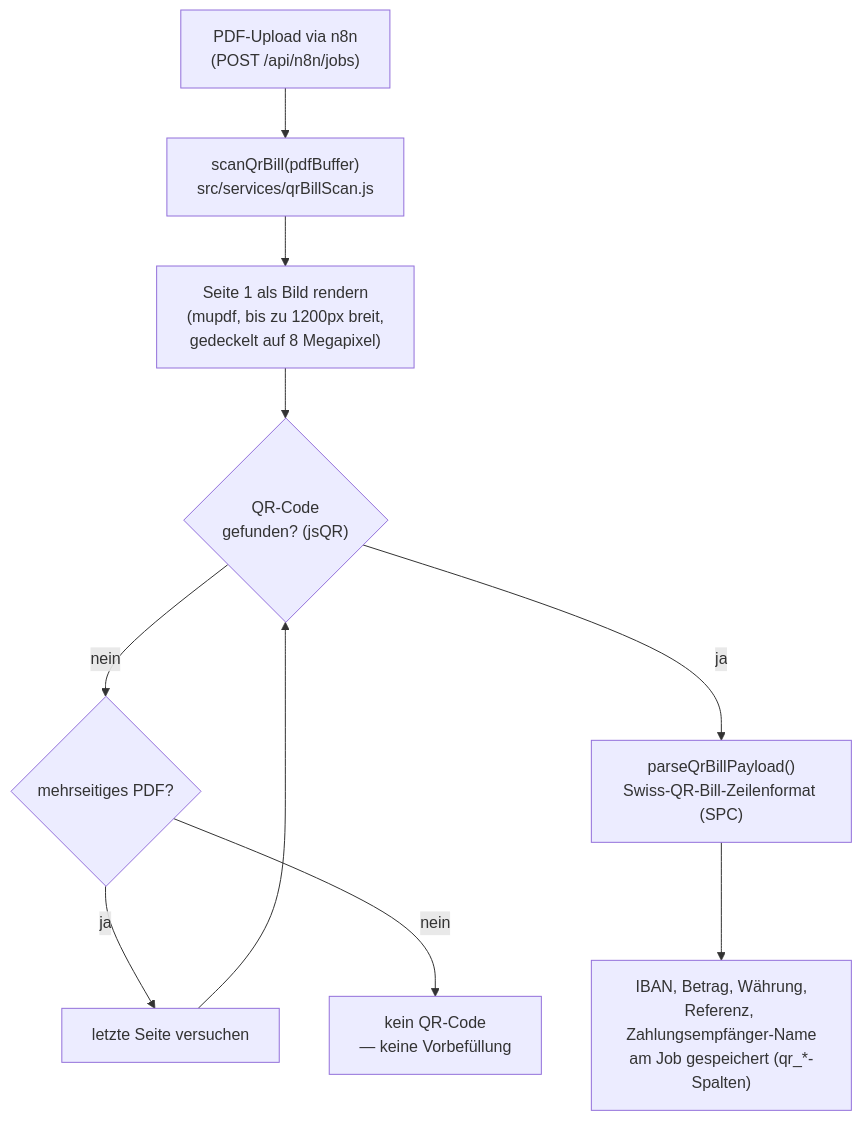
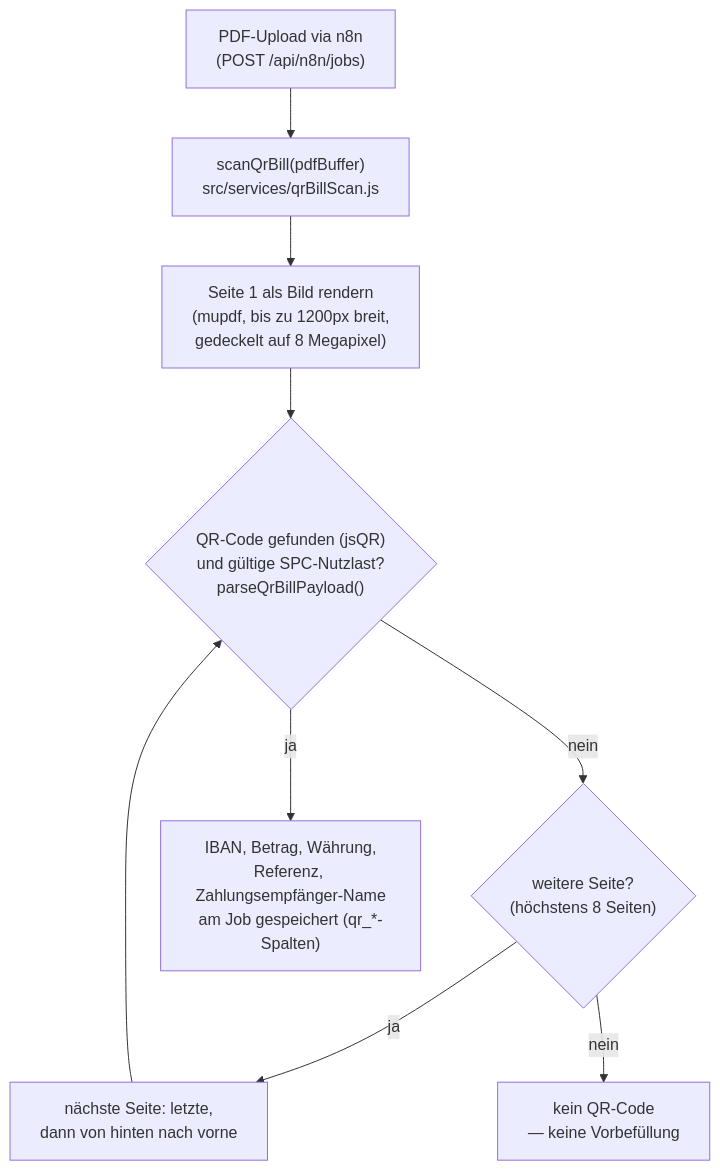
One commit to rony326/freigabeportal changed the first of 2 diagrams in docs/qr-bill-und-betrugserkennung.md. Above: the diagram before and after it, drawn with Mermaid. The commit also changed other lines of this file and 8 other files, not shown here.

````diff
--- a/docs/qr-bill-und-betrugserkennung.md
+++ b/docs/qr-bill-und-betrugserkennung.md
@@ -43,12 +43,11 @@
 ```mermaid
 flowchart TD
     A["PDF-Upload via n8n<br/>(POST /api/n8n/jobs)"] --> B["scanQrBill(pdfBuffer)<br/>src/services/qrBillScan.js"]
     B --> C["Seite 1 als Bild rendern<br/>(mupdf, bis zu 1200px breit,<br/>gedeckelt auf 8 Megapixel)"]
-    C --> D{"QR-Code<br/>gefunden? (jsQR)"}
-    D -- nein --> E{"mehrseitiges PDF?"}
-    E -- ja --> F["letzte Seite versuchen"]
+    C --> D{"QR-Code gefunden (jsQR)<br/>und gültige SPC-Nutzlast?<br/>parseQrBillPayload()"}
+    D -- nein --> E{"weitere Seite?<br/>(höchstens 8 Seiten)"}
+    E -- ja --> F["nächste Seite: letzte,<br/>dann von hinten nach vorne"]
     F --> D
     E -- nein --> G["kein QR-Code<br/>— keine Vorbefüllung"]
-    D -- ja --> H["parseQrBillPayload()<br/>Swiss-QR-Bill-Zeilenformat (SPC)"]
-    H --> I["IBAN, Betrag, Währung,<br/>Referenz, Zahlungsempfänger-Name<br/>am Job gespeichert (qr_*-Spalten)"]
+    D -- ja --> I["IBAN, Betrag, Währung,<br/>Referenz, Zahlungsempfänger-Name<br/>am Job gespeichert (qr_*-Spalten)"]
 ```
````
